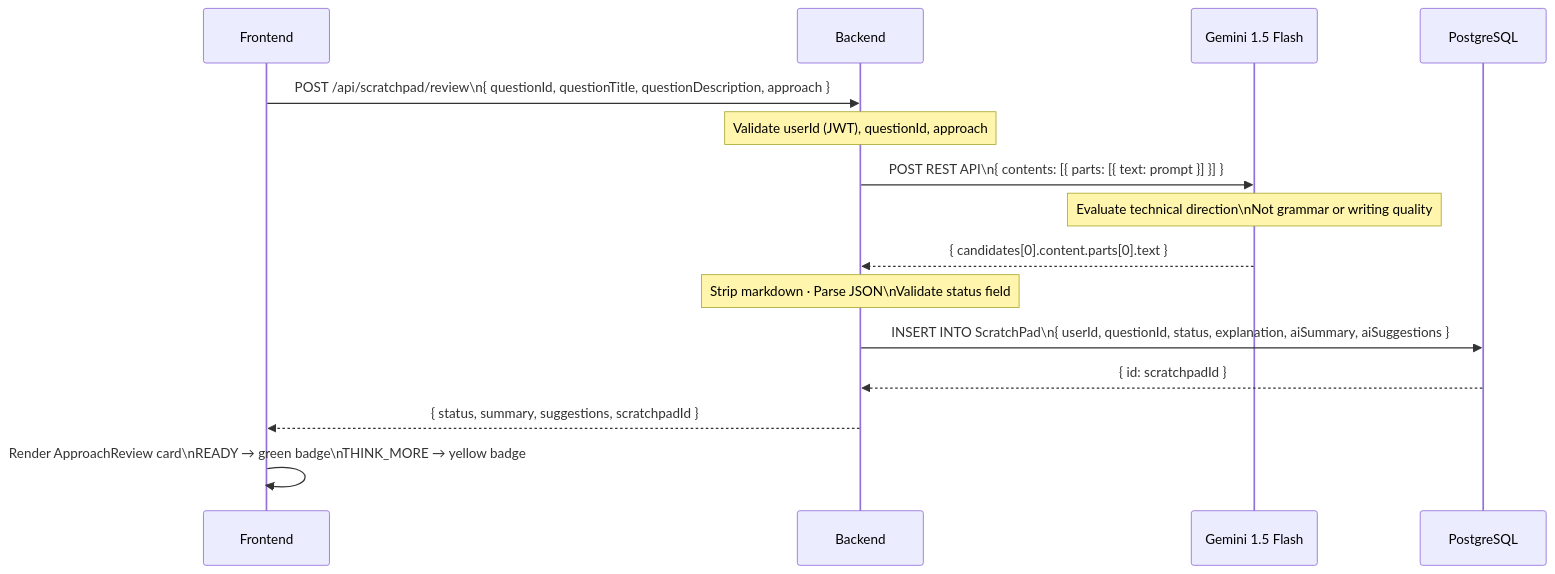
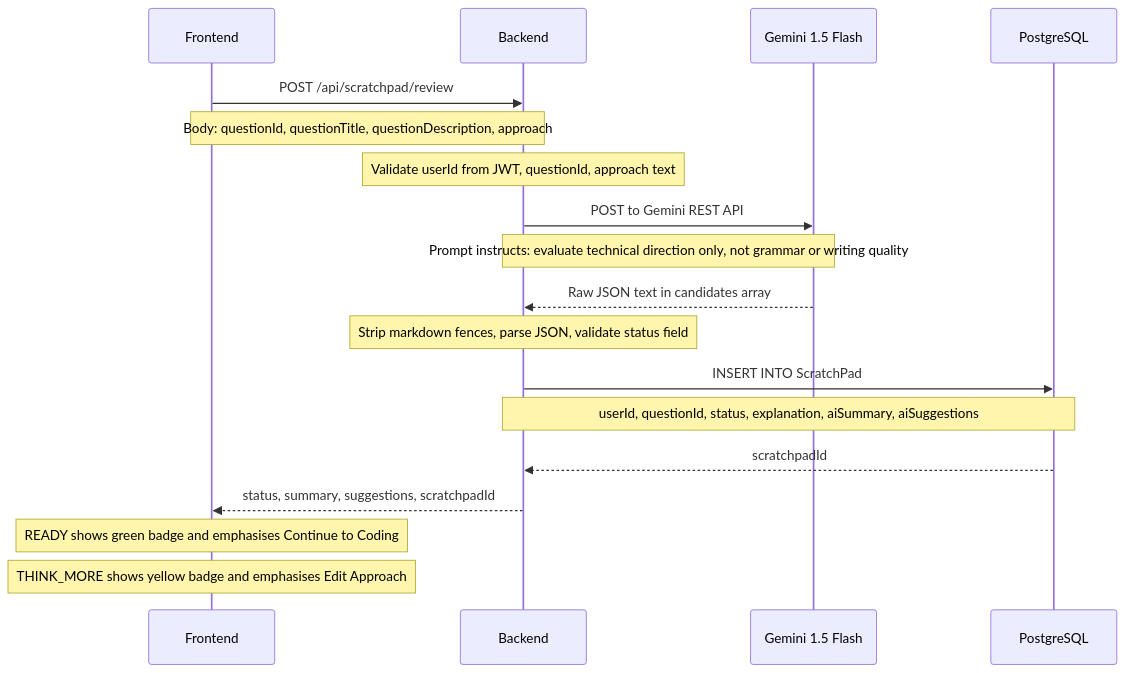
Before and after one commit to yatinsingh2007/VintiCode: the sixth of 6 diagrams in README.md, drawn with Mermaid. The commit also changed other lines of this file, not shown here.

Commit message:
docs: update documentation, diagrams, and flow descriptions in README.md for clarity

````diff
--- a/README.md
+++ b/README.md
@@ -306,21 +311,27 @@
 ```mermaid
 sequenceDiagram
     participant FE as Frontend
     participant BE as Backend
     participant GM as Gemini 1.5 Flash
     participant DB as PostgreSQL
 
-    FE->>BE: POST /api/scratchpad/review\n{ questionId, questionTitle, questionDescription, approach }
-    Note over BE: Validate userId (JWT), questionId, approach
+    FE->>BE: POST /api/scratchpad/review
+    Note over FE,BE: Body: questionId, questionTitle, questionDescription, approach
 
-    BE->>GM: POST REST API\n{ contents: [{ parts: [{ text: prompt }] }] }
-    Note over GM: Evaluate technical direction\nNot grammar or writing quality
-    GM-->>BE: { candidates[0].content.parts[0].text }
-    Note over BE: Strip markdown · Parse JSON\nValidate status field
+    Note over BE: Validate userId from JWT, questionId, approach text
 
-    BE->>DB: INSERT INTO ScratchPad\n{ userId, questionId, status, explanation, aiSummary, aiSuggestions }
-    DB-->>BE: { id: scratchpadId }
+    BE->>GM: POST to Gemini REST API
+    Note over BE,GM: Prompt instructs: evaluate technical direction only, not grammar or writing quality
+    GM-->>BE: Raw JSON text in candidates array
 
-    BE-->>FE: { status, summary, suggestions, scratchpadId }
-    FE->>FE: Render ApproachReview card\nREADY → green badge\nTHINK_MORE → yellow badge
+    Note over BE: Strip markdown fences, parse JSON, validate status field
+
+    BE->>DB: INSERT INTO ScratchPad
+    Note over BE,DB: userId, questionId, status, explanation, aiSummary, aiSuggestions
+    DB-->>BE: scratchpadId
+
+    BE-->>FE: status, summary, suggestions, scratchpadId
+
+    Note over FE: READY shows green badge and emphasises Continue to Coding
+    Note over FE: THINK_MORE shows yellow badge and emphasises Edit Approach
 ```
````
